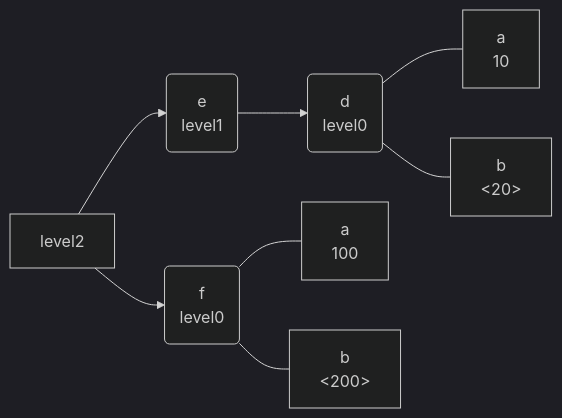
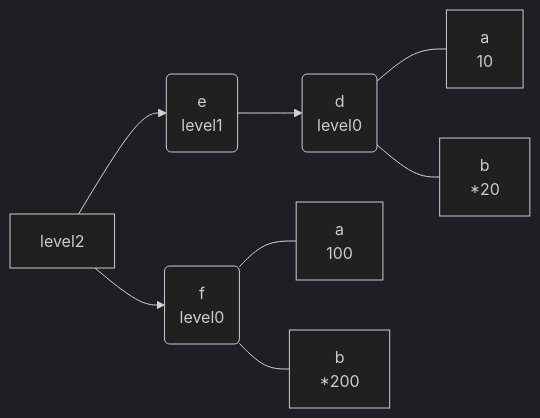
Before and after one commit to ASEM000/pytreeclass: the diagram in tests/test_mermaid_md.md, drawn with Mermaid (dark theme). The commit also changed 6 other files, not shown here.

````diff
--- a/tests/test_mermaid_md.md
+++ b/tests/test_mermaid_md.md
@@ -1,11 +1,11 @@
 ```mermaid
 flowchart LR
     id15696277213149321320[level2]
     id15696277213149321320 --> id159132120600507116(e\nlevel1)
     id159132120600507116 --> id7500441386962467209(d\nlevel0)
     id7500441386962467209 --- id8292801017962660105["a\n10"]
-    id7500441386962467209 --- id5855743171222414412["b\n<20>"]
+    id7500441386962467209 --- id5855743171222414412["b\n*20"]
     id15696277213149321320 --> id10009280772564895168(f\nlevel0)
     id10009280772564895168 --- id11951215191344350637["a\n100"]
-    id10009280772564895168 --- id1196345851686744158["b\n<200>"]
+    id10009280772564895168 --- id1196345851686744158["b\n*200"]
 ```
````
